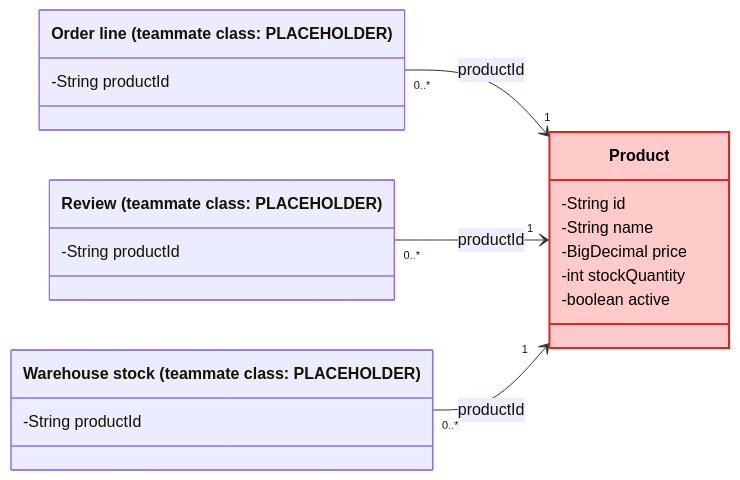
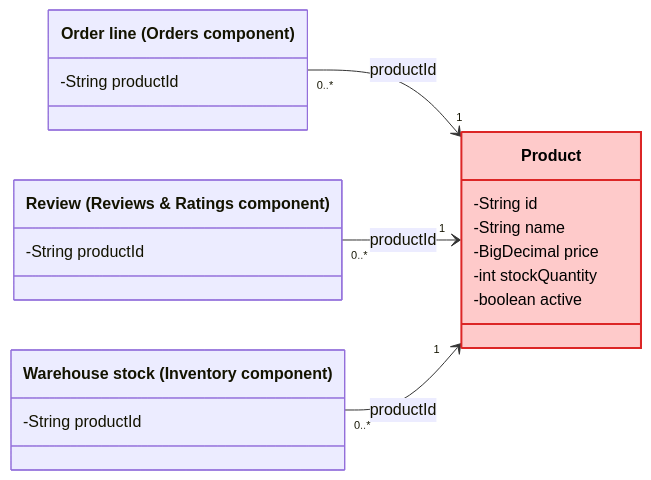
The second of 29 diagrams in components/products/docs/04-diagrams.md (sfarshadchoudhury-dot/NC1605-Marketplace), drawn with Mermaid before and after one commit. The commit also changed other lines of this file, not shown here.

Commit message:
Update diagram labels for the new delete dialog and toast

````diff
--- a/components/products/docs/04-diagrams.md
+++ b/components/products/docs/04-diagrams.md
@@ -241,26 +239,26 @@
 ```mermaid
 classDiagram
     direction LR
     class Product {
         -String id
         -String name
         -BigDecimal price
         -int stockQuantity
         -boolean active
     }
-    class OrderLine["Order line (teammate class: PLACEHOLDER)"] {
+    class OrderLine["Order line (Orders component)"] {
         -String productId
     }
-    class Review["Review (teammate class: PLACEHOLDER)"] {
+    class Review["Review (Reviews & Ratings component)"] {
         -String productId
     }
-    class WarehouseStock["Warehouse stock (teammate class: PLACEHOLDER)"] {
+    class WarehouseStock["Warehouse stock (Inventory component)"] {
         -String productId
     }
 
     OrderLine "0..*" --> "1" Product : productId
     Review "0..*" --> "1" Product : productId
     WarehouseStock "0..*" --> "1" Product : productId
 
     style Product fill:#fecaca,stroke:#dc2626,stroke-width:2px,color:#000
 ```
````
